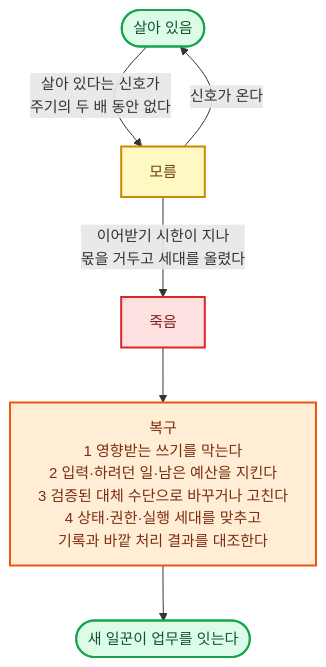
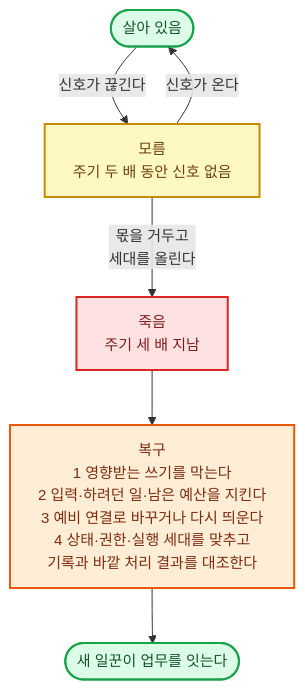
One commit to harisbaguette/expert changed the fourth of 14 diagrams in 전문가 에이전트 정의 2.md. Above: the diagram before and after it, drawn with Mermaid. The commit also changed other lines of this file, not shown here.

````diff
--- a/전문가 에이전트 정의 2.md
+++ b/전문가 에이전트 정의 2.md
@@ -627,17 +640,17 @@
 ```mermaid
 %%{init: {"flowchart": {"wrappingWidth": 640, "curve": "basis", "nodeSpacing": 45, "rankSpacing": 55, "padding": 14, "useMaxWidth": true}, "themeVariables": {"fontSize": "15px"}} }%%
 flowchart TB
     A(["살아 있음"]):::good
-    U["모름"]:::note
-    D["죽음"]:::stop
-    R["복구<br/>1 영향받는 쓰기를 막는다<br/>2 입력·하려던 일·남은 예산을 지킨다<br/>3 검증된 대체 수단으로 바꾸거나 고친다<br/>4 상태·권한·실행 세대를 맞추고<br/>기록과 바깥 처리 결과를 대조한다"]:::back
+    U["모름<br/>주기 두 배 동안 신호 없음"]:::note
+    D["죽음<br/>주기 세 배 지남"]:::stop
+    R["복구<br/>1 영향받는 쓰기를 막는다<br/>2 입력·하려던 일·남은 예산을 지킨다<br/>3 예비 연결로 바꾸거나 다시 띄운다<br/>4 상태·권한·실행 세대를 맞추고<br/>기록과 바깥 처리 결과를 대조한다"]:::back
     N(["새 일꾼이 업무를 잇는다"]):::good
-    A -- "살아 있다는 신호가<br/>주기의 두 배 동안 없다" --> U
+    A -- "신호가 끊긴다" --> U
     U -- "신호가 온다" --> A
-    U -- "이어받기 시한이 지나<br/>몫을 거두고 세대를 올렸다" --> D
+    U -- "몫을 거두고<br/>세대를 올린다" --> D
     D --> R --> N
     classDef good fill:#dcfce7,stroke:#16a34a,stroke-width:2px,color:#14532d
     classDef note fill:#fef9c3,stroke:#ca8a04,stroke-width:2px,color:#713f12
     classDef stop fill:#fee2e2,stroke:#dc2626,stroke-width:2px,color:#7f1d1d
     classDef back fill:#ffedd5,stroke:#ea580c,stroke-width:2px,color:#7c2d12
 ```
````
